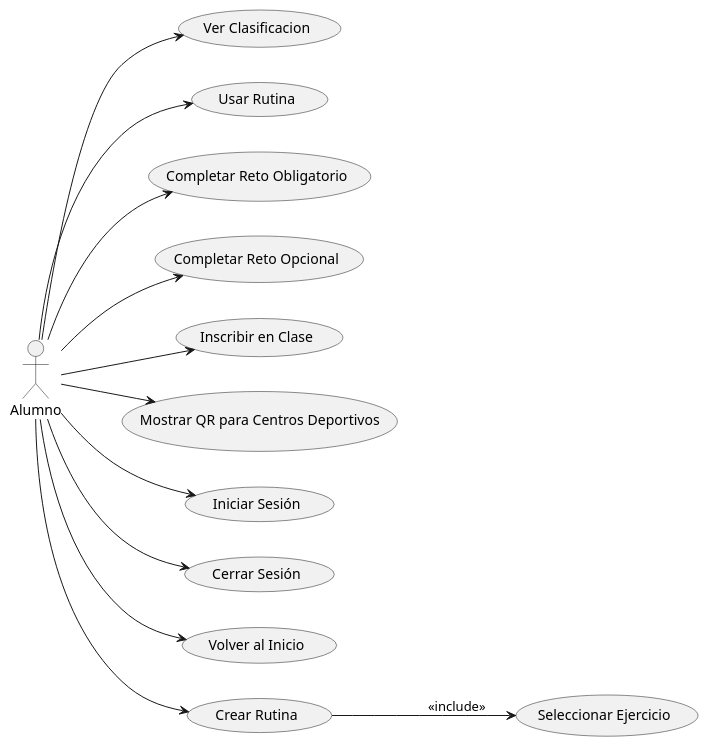
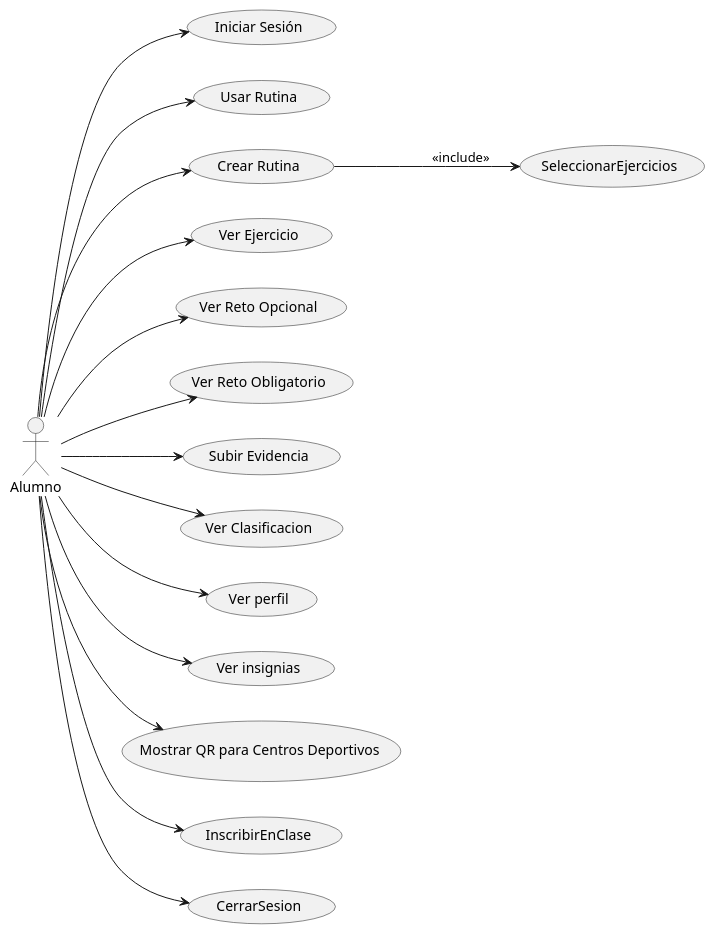
Before and after one commit to mmasias/24-25-IdSw1-SDR: the diagram in Documentos/CasosUso/CdU_Alumno.puml, drawn with PlantUML.

```diff
--- a/Documentos/CasosUso/CdU_Alumno.puml
+++ b/Documentos/CasosUso/CdU_Alumno.puml
@@ -1,31 +1,35 @@
-@startuml
 left to right direction
-
 actor Alumno
 
+usecase "Iniciar Sesión" as IniciarSesion
+usecase "Usar Rutina" as UsarRutinas
+usecase "Crear Rutina" as CrearRutinaPersonalizada
+usecase "Ver Ejercicio" as VerEjercicio
+usecase "Ver Reto Opcional" as RetoOpcional
+usecase "Ver Reto Obligatorio" as RetoObligatorio
+usecase "Subir Evidencia" as SubirEvidencia
 usecase "Ver Clasificacion" as VerClasificaciones
-usecase "Usar Rutina" as UsarRutinas
-usecase "Completar Reto Obligatorio" as CompletarRetosObligatorios
-usecase "Completar Reto Opcional" as CompletarRetosOpcionales
-usecase "Inscribir en Clase" as InscribirseClases
-usecase "Mostrar QR para Centros Deportivos" as UsarQR
-usecase "Iniciar Sesión" as IniciarSesion
-usecase "Cerrar Sesión" as CerrarSesion
-usecase "Volver al Inicio" as VolverInicio
-usecase "Crear Rutina" as CrearRutinaPersonalizada
-usecase "Seleccionar Ejercicio" as SeleccionarEjercicios
+usecase "Ver perfil" as VerPerfil
+usecase "Ver insignias" as VerInsignias
+usecase "Mostrar QR para Centros Deportivos " as MostrarQR
+usecase "InscribirEnClase" as InscribirClase
+usecase "CerrarSesion" as CerrarSesion
+usecase "SeleccionarEjercicios" as SeleccionarEjercicios
 
+Alumno --> IniciarSesion
+Alumno --> UsarRutinas
+Alumno --> CrearRutinaPersonalizada
+Alumno --> VerEjercicio
+Alumno --> RetoOpcional
+Alumno --> RetoObligatorio
+Alumno --> SubirEvidencia
 Alumno --> VerClasificaciones
-Alumno --> UsarRutinas
-Alumno --> CompletarRetosObligatorios
-Alumno --> CompletarRetosOpcionales
-Alumno --> InscribirseClases
-Alumno --> UsarQR
-Alumno --> IniciarSesion
-Alumno --> CerrarSesion
-Alumno --> VolverInicio
-Alumno --> CrearRutinaPersonalizada
+Alumno --> VerPerfil
+Alumno --> VerInsignias
+Alumno --> MostrarQR
+Alumno --> InscribirClase
+Alumno --> CerrarSesion 
 
 CrearRutinaPersonalizada --> SeleccionarEjercicios : <<include>>
 
 @enduml
```
